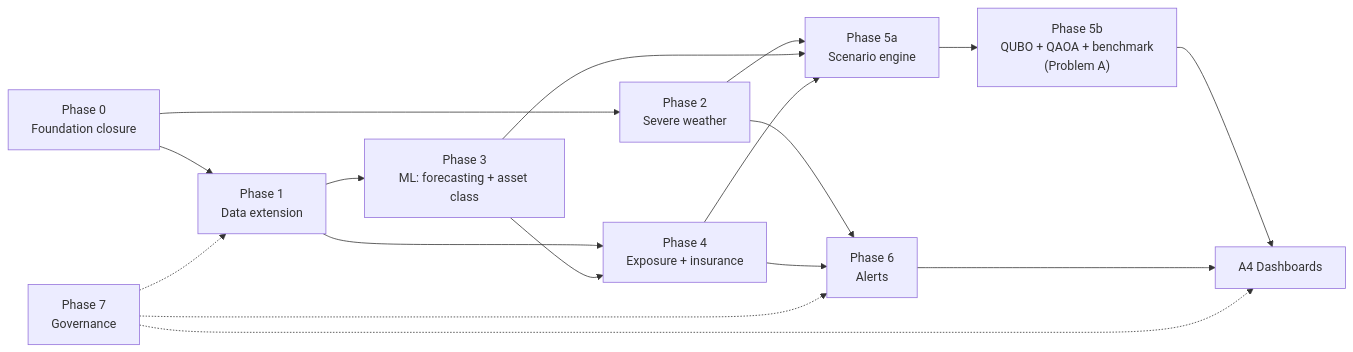
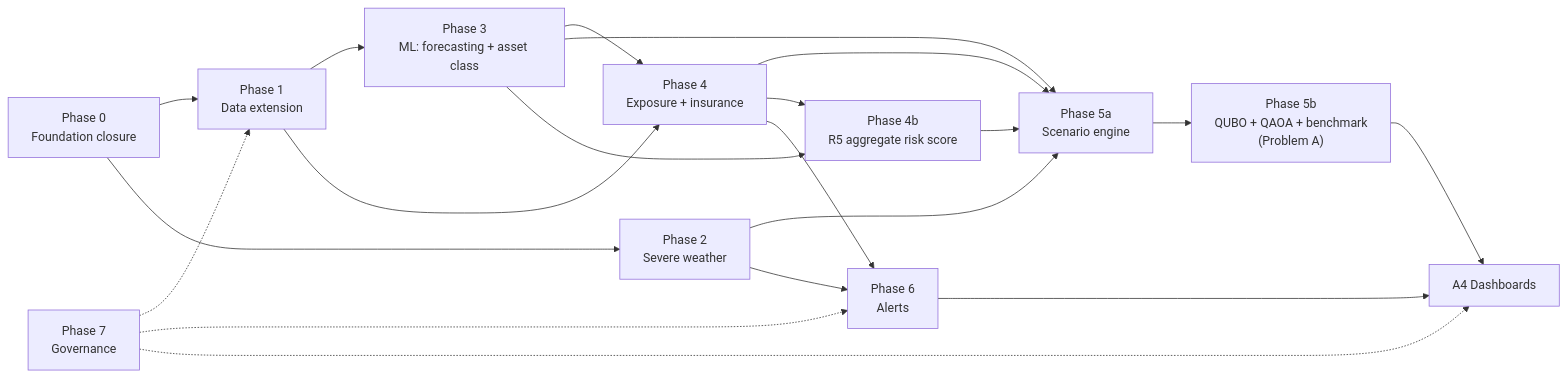
Before and after one commit to Qkrishi-Solutions/PNB--QWRF: the third of 3 diagrams in final docs/QWRF_ROADMAP_AND_HYBRID_ARCHITECTURE.md, drawn with Mermaid. The commit also changed other lines of this file, not shown here.

Commit message:
Roadmap: add loan risk score, constraints screen, scenario selector, quantum selection and QML experiment; align to 3 insurance fields

````diff
--- a/final docs/QWRF_ROADMAP_AND_HYBRID_ARCHITECTURE.md
+++ b/final docs/QWRF_ROADMAP_AND_HYBRID_ARCHITECTURE.md
@@ -375,19 +454,22 @@
 ```mermaid
 flowchart LR
     F0["Phase 0<br/>Foundation closure"] --> D["Phase 1<br/>Data extension"]
     F0 --> W["Phase 2<br/>Severe weather"]
     D --> FC["Phase 3<br/>ML: forecasting + asset class"]
     D --> RK["Phase 4<br/>Exposure + insurance"]
     FC --> RK
     W --> SC["Phase 5a<br/>Scenario engine"]
     FC --> SC
     RK --> SC
+    FC --> RS["Phase 4b<br/>R5 aggregate risk score"]
+    RK --> RS
+    RS --> SC
     SC --> QA["Phase 5b<br/>QUBO + QAOA + benchmark<br/>(Problem A)"]
     W --> AL["Phase 6<br/>Alerts"]
     RK --> AL
     QA --> DB["A4 Dashboards"]
     AL --> DB
     GV["Phase 7<br/>Governance"] -.-> D
     GV -.-> AL
     GV -.-> DB
 ```
````
